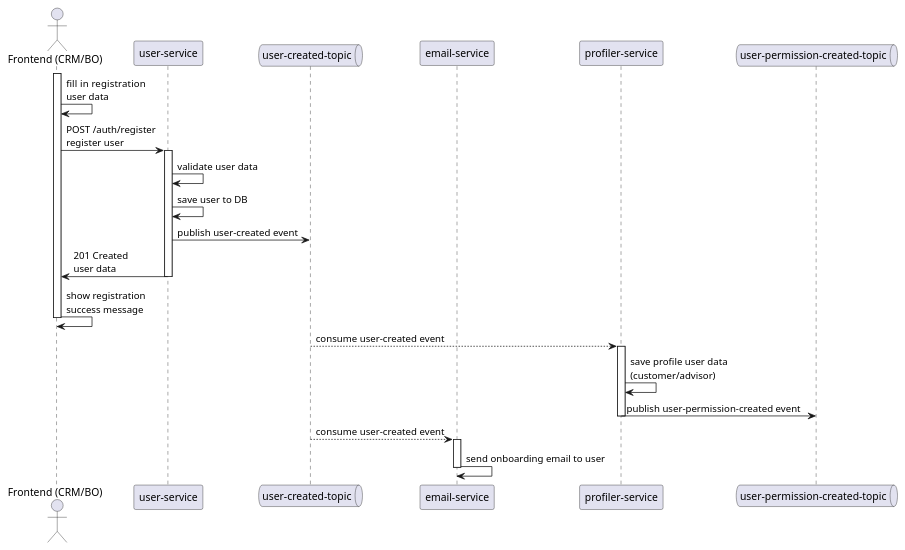
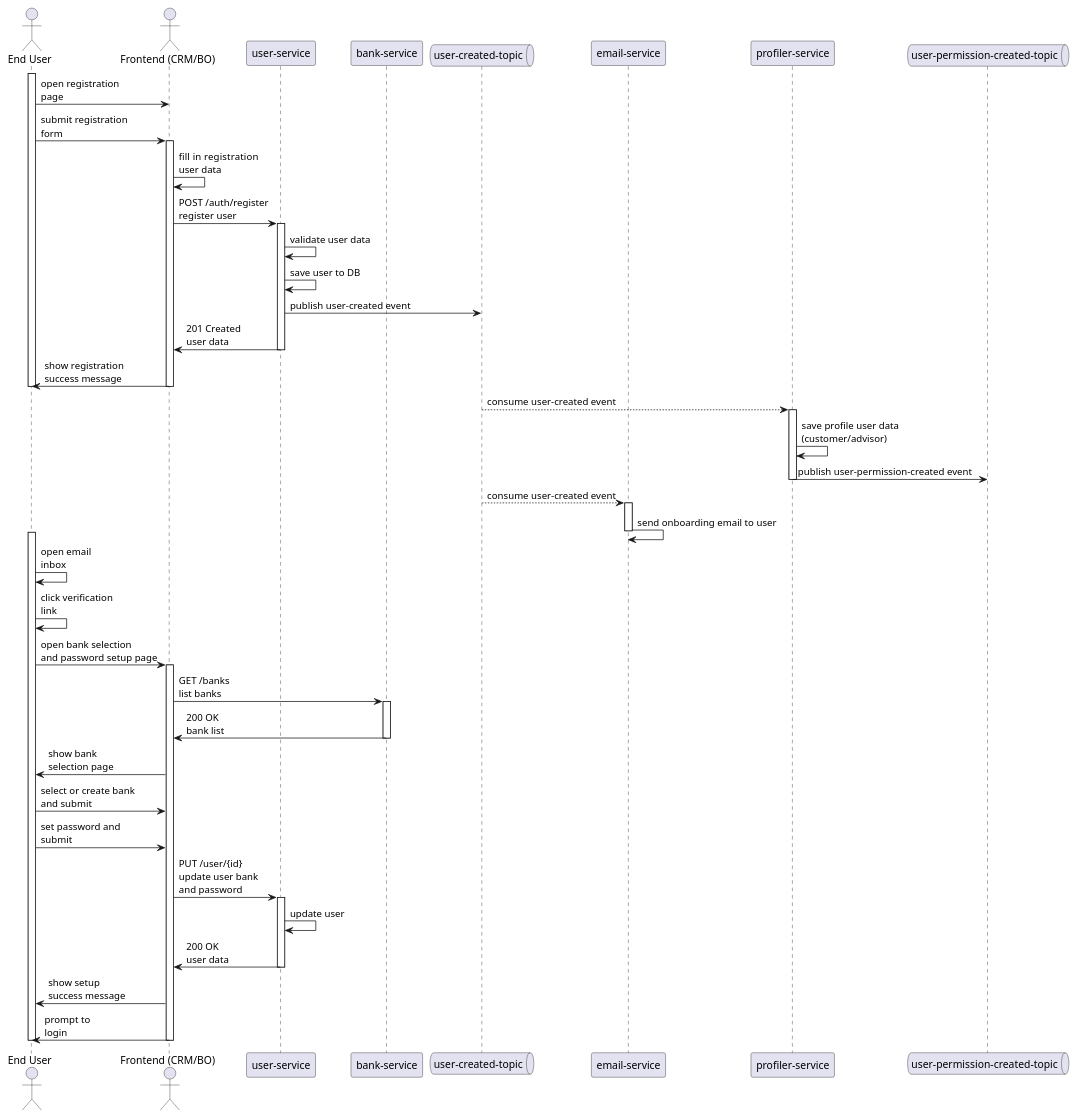
Before and after one commit to RaffSStein/Wealth-Management-Platform-BE: the diagram in docs/domain/assets/registration/user-registration/user-registration-process-diagram.md, drawn with PlantUML. The commit also changed 2 other files, not shown here.

Commit message:
Refactor user registration process documentation: Enhance clarity on role provisioning, password handling, and update sequence diagram interactions

```diff
--- a/docs/domain/assets/registration/user-registration/user-registration-process-diagram.md
+++ b/docs/domain/assets/registration/user-registration/user-registration-process-diagram.md
@@ -1,30 +1,57 @@
 @startuml
+actor EndUser as "End User"
 actor FE as "Frontend (CRM/BO)"
 participant "user-service" as User
+participant "bank-service" as Bank
 queue "user-created-topic" as userCreatedTopic
 participant "email-service" as Reporting
 participant "profiler-service" as Profiler
 queue "user-permission-created-topic" as userPermissionCreatedTopic
 
+activate EndUser
+EndUser -> FE: open registration\npage
+EndUser -> FE: submit registration\nform
 activate FE
 FE -> FE: fill in  registration\nuser data
 FE -> User: POST /auth/register\nregister user
 activate User
 User -> User: validate user data
 User -> User: save user to DB
 User -> userCreatedTopic: publish user-created event
 User -> FE: 201 Created\nuser data
 deactivate User
-FE -> FE: show registration\nsuccess message
+FE -> EndUser: show registration\nsuccess message
 deactivate FE
+deactivate EndUser
 userCreatedTopic --> Profiler: consume user-created event
 activate Profiler
 Profiler -> Profiler: save profile user data\n(customer/advisor)
 Profiler -> userPermissionCreatedTopic: publish user-permission-created event
 deactivate Profiler
 userCreatedTopic --> Reporting: consume user-created event
 activate Reporting
 Reporting -> Reporting: send onboarding email to user
 deactivate Reporting
+activate EndUser
+EndUser -> EndUser: open email\ninbox
+EndUser -> EndUser: click verification\nlink
+EndUser -> FE: open bank selection\nand password setup page
+activate FE
+FE -> Bank: GET /banks\nlist banks
+activate Bank
+Bank -> FE: 200 OK\nbank list
+deactivate Bank
+FE -> EndUser: show bank\nselection page
+EndUser -> FE: select or create bank\nand submit
+EndUser -> FE: set password and\nsubmit
+FE -> User: PUT /user/{id}\nupdate user bank\nand password
+activate User
+User -> User: update user
+User -> FE: 200 OK\nuser data
+deactivate User
+FE -> EndUser: show setup\nsuccess message
+FE -> EndUser: prompt to\nlogin
+deactivate FE
+deactivate EndUser
 
 @enduml
```
